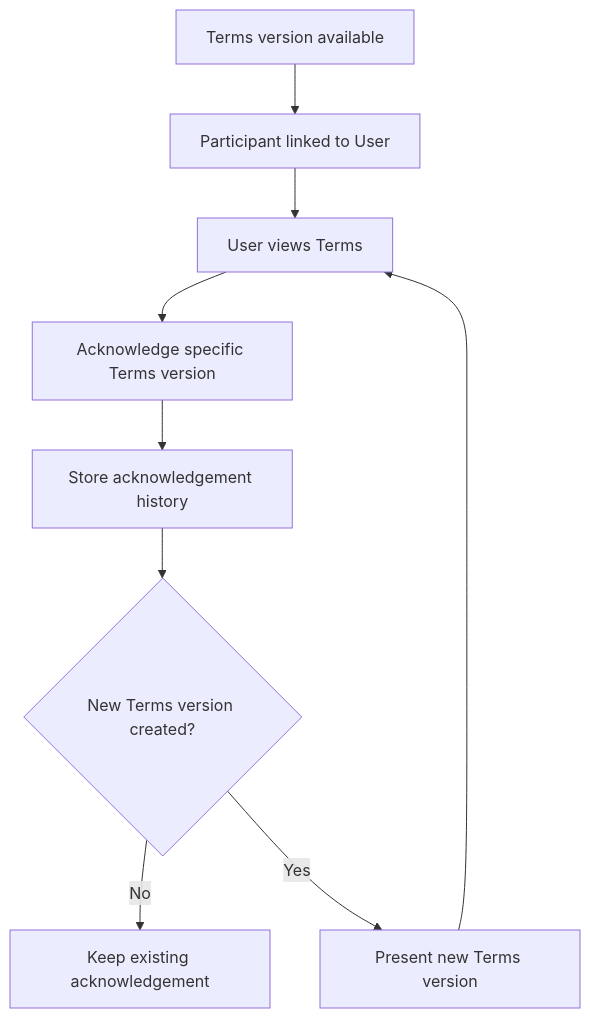
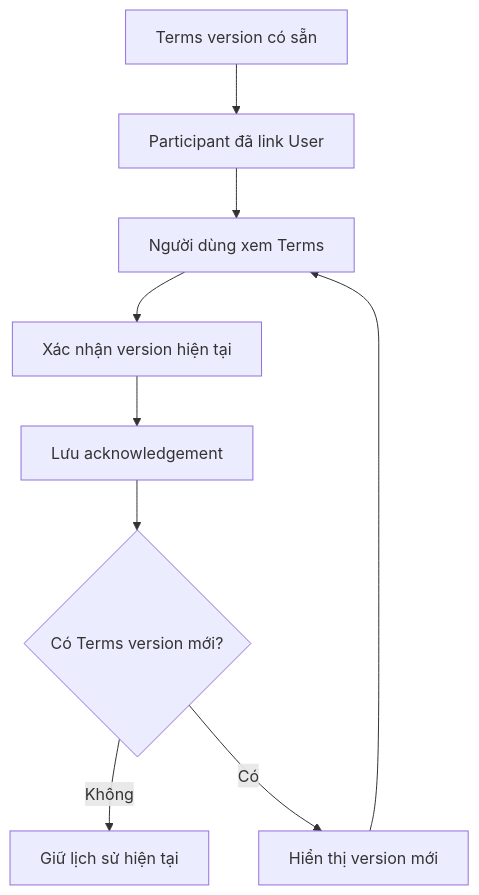
The first of 2 diagrams in docs/backlogs/v1/terms-acknowledgement.md (Danh20100/moibile_app), drawn with Mermaid before and after one commit. The commit also changed other lines of this file and 9 other files, not shown here.

````diff
--- a/docs/backlogs/v1/terms-acknowledgement.md
+++ b/docs/backlogs/v1/terms-acknowledgement.md
@@ -17,11 +27,11 @@
 ```mermaid
 flowchart TD
-    A[Terms version available] --> B[Participant linked to User]
-    B --> C[User views Terms]
-    C --> D[Acknowledge specific Terms version]
-    D --> E[Store acknowledgement history]
-    E --> F{New Terms version created?}
-    F -->|No| G[Keep existing acknowledgement]
-    F -->|Yes| H[Present new Terms version]
+    A["Terms version có sẵn"] --> B["Participant đã link User"]
+    B --> C["Người dùng xem Terms"]
+    C --> D["Xác nhận version hiện tại"]
+    D --> E["Lưu acknowledgement"]
+    E --> F{"Có Terms version mới?"}
+    F -->|"Không"| G["Giữ lịch sử hiện tại"]
+    F -->|"Có"| H["Hiển thị version mới"]
     H --> C
 ```
````
